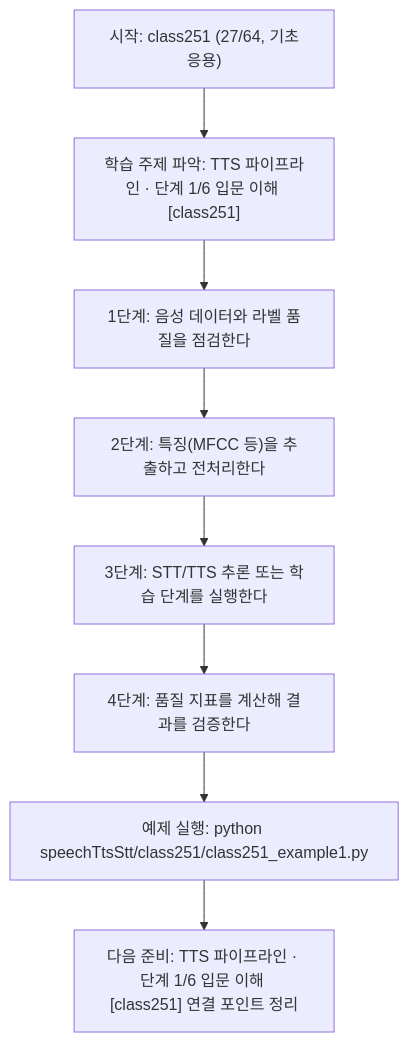
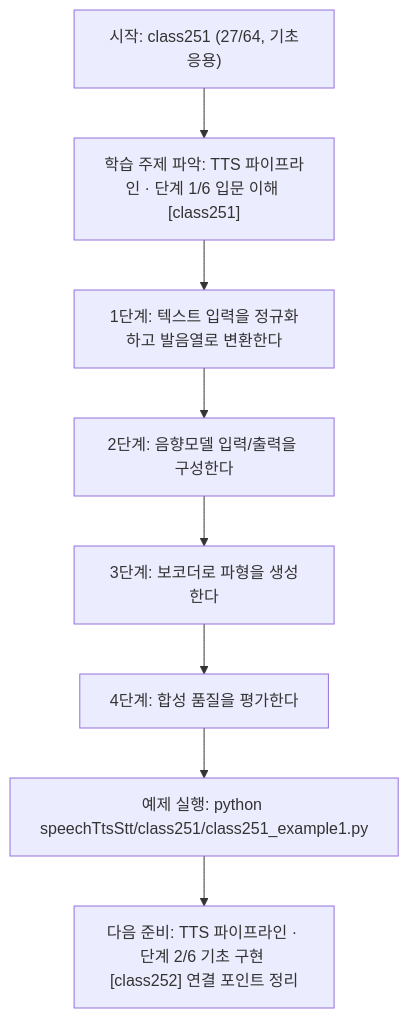
The diagram in speechTtsStt/class251/class251.md (edumgt/Python-AI_Agent-Class), drawn with Mermaid before and after one commit. The commit also changed other lines of this file and 1122 other files, not shown here.

````diff
--- a/speechTtsStt/class251/class251.md
+++ b/speechTtsStt/class251/class251.md
@@ -113,18 +95,18 @@
 ```mermaid
 flowchart TD
 N1["시작: class251 (27/64, 기초응용)"]
 N2["학습 주제 파악: TTS 파이프라인 · 단계 1/6 입문 이해 [class251]"]
-N3["1단계: 음성 데이터와 라벨 품질을 점검한다"]
-N4["2단계: 특징(MFCC 등)을 추출하고 전처리한다"]
-N5["3단계: STT/TTS 추론 또는 학습 단계를 실행한다"]
-N6["4단계: 품질 지표를 계산해 결과를 검증한다"]
+N3["1단계: 텍스트 입력을 정규화하고 발음열로 변환한다"]
+N4["2단계: 음향모델 입력/출력을 구성한다"]
+N5["3단계: 보코더로 파형을 생성한다"]
+N6["4단계: 합성 품질을 평가한다"]
 N7["예제 실행: python speechTtsStt/class251/class251_example1.py"]
-N8["다음 준비: TTS 파이프라인 · 단계 1/6 입문 이해 [class251] 연결 포인트 정리"]
+N8["다음 준비: TTS 파이프라인 · 단계 2/6 기초 구현 [class252] 연결 포인트 정리"]
 N1 --> N2
 N2 --> N3
 N3 --> N4
 N4 --> N5
 N5 --> N6
 N6 --> N7
 N7 --> N8
 ```
````
